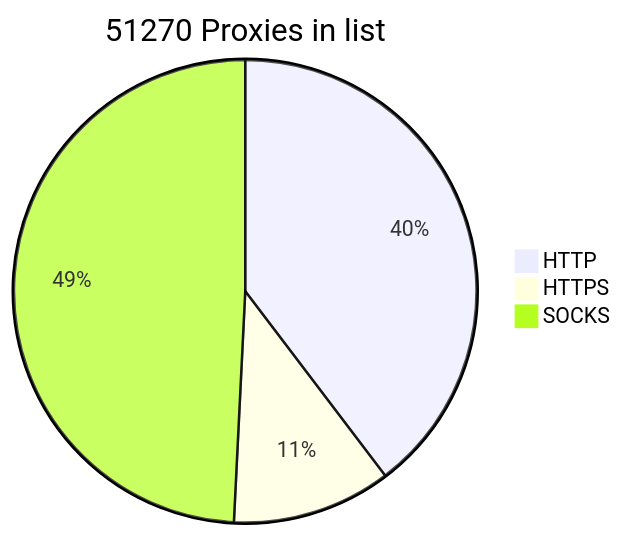
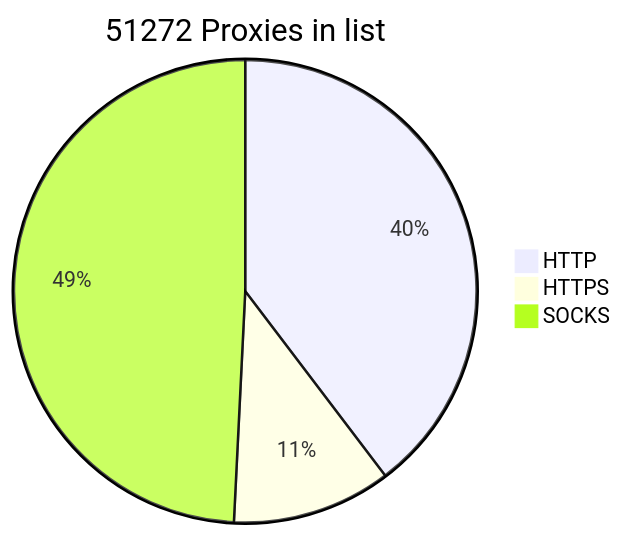
Before and after one commit to BlackSnowDot/proxylist-update-every-minute: the diagram in README.md, drawn with Mermaid.

````diff
--- a/README.md
+++ b/README.md
@@ -2,6 +2,6 @@
 ```mermaid
-pie title 51270 Proxies in list
+pie title 51272 Proxies in list
     "HTTP" : 22566
     "HTTPS": 6327
-    "SOCKS" : 28002
+    "SOCKS" : 28004
 ```
````
